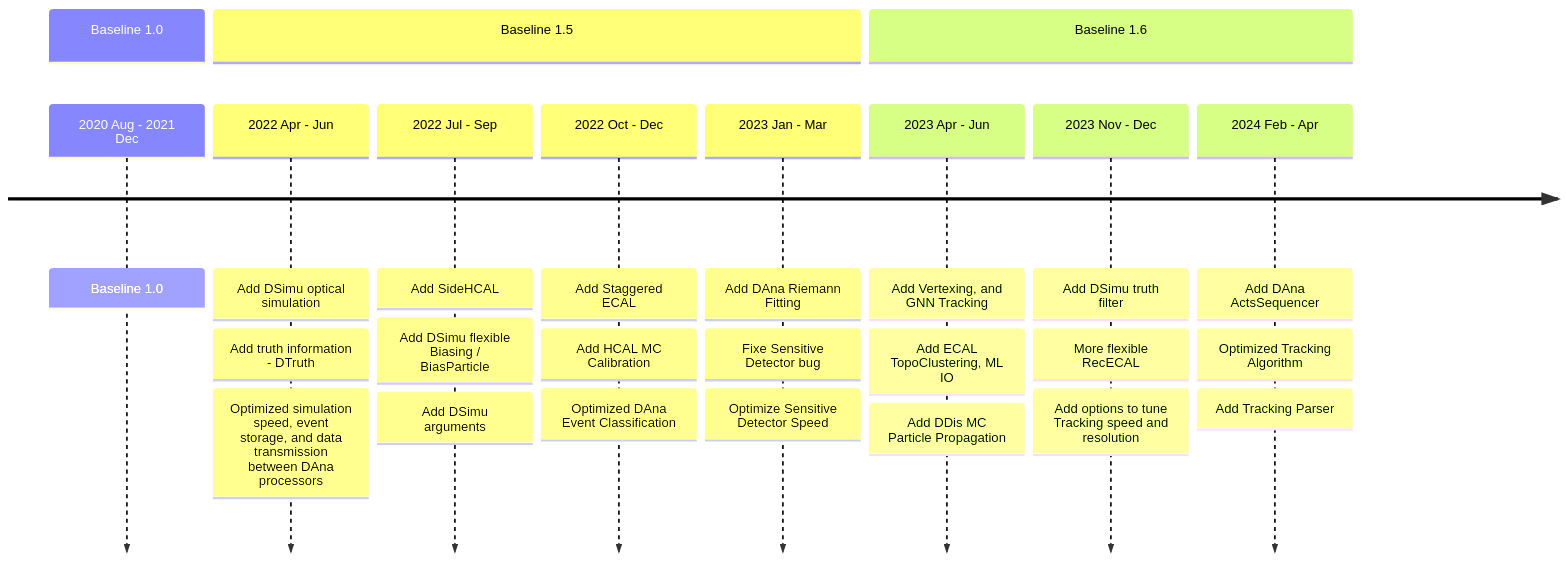
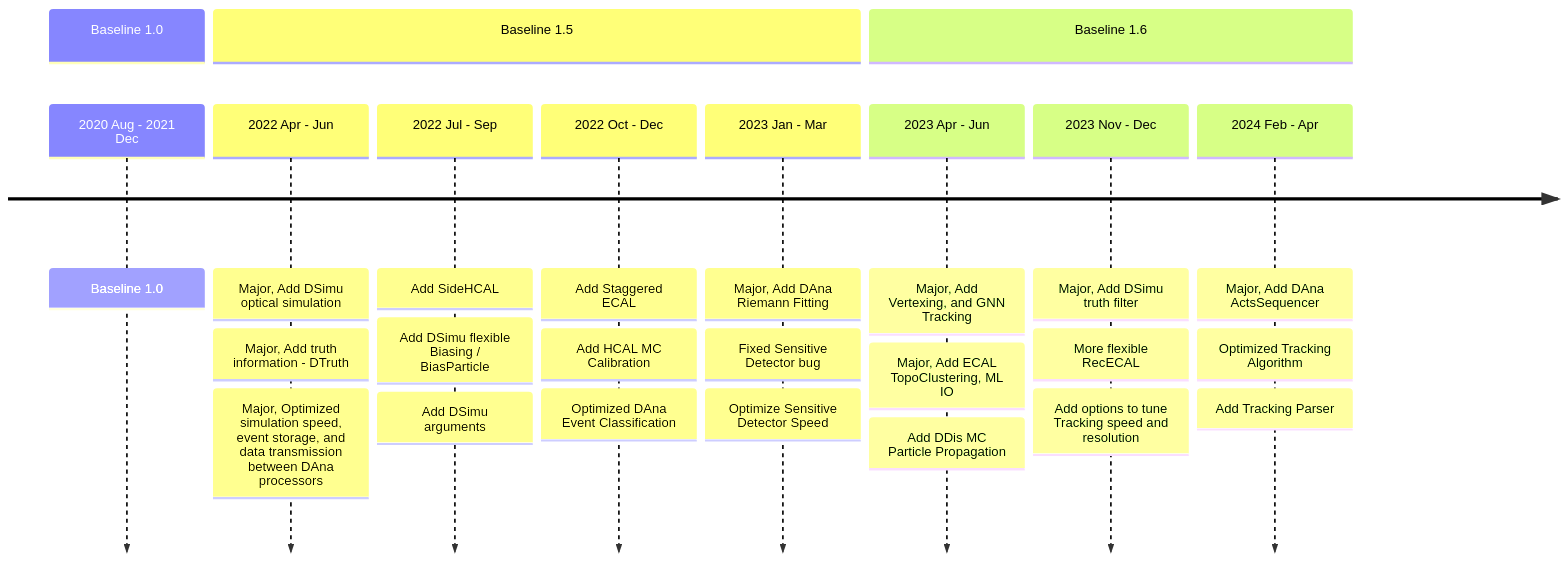
One commit to DarkSHINE-Slides-Xuliang/20240424-workshop changed the second of 3 diagrams in example.md. Above: the diagram before and after it, drawn with Mermaid. The commit also changed other lines of this file and 2 other files, not shown here.

````diff
--- a/example.md
+++ b/example.md
@@ -170,28 +170,28 @@
 ```mermaid
 timeline
     section Baseline 1.0
     2020 Aug - 2021 Dec : Baseline 1.0
     section Baseline 1.5
-    2022 Apr - Jun : Add DSimu optical simulation
-                   : Add truth information - DTruth
-                   : Optimized simulation speed, event storage, and data transmission between DAna processors
+    2022 Apr - Jun : Major, Add DSimu optical simulation
+                   : Major, Add truth information - DTruth
+                   : Major, Optimized simulation speed, event storage, and data transmission between DAna processors
     2022 Jul - Sep : Add SideHCAL
                    : Add DSimu flexible Biasing / BiasParticle
                    : Add DSimu arguments
     2022 Oct - Dec : Add Staggered ECAL
                    : Add HCAL MC Calibration
                    : Optimized DAna Event Classification
-    2023 Jan - Mar : Add DAna Riemann Fitting 
-                   : Fixe Sensitive Detector bug
+    2023 Jan - Mar : Major, Add DAna Riemann Fitting 
+                   : Fixed Sensitive Detector bug
                    : Optimize Sensitive Detector Speed
     section Baseline 1.6
-    2023 Apr - Jun : Add Vertexing, and GNN Tracking 
-                   : Add ECAL TopoClustering, ML IO
+    2023 Apr - Jun : Major, Add Vertexing, and GNN Tracking 
+                   : Major, Add ECAL TopoClustering, ML IO
                    : Add DDis MC Particle Propagation
-    2023 Nov - Dec : Add DSimu truth filter
+    2023 Nov - Dec : Major, Add DSimu truth filter
                    : More flexible RecECAL
                    : Add options to tune Tracking speed and resolution
-    2024 Feb - Apr : Add DAna ActsSequencer
+    2024 Feb - Apr : Major, Add DAna ActsSequencer
                    : Optimized Tracking Algorithm
                    : Add Tracking Parser
 ```
````
